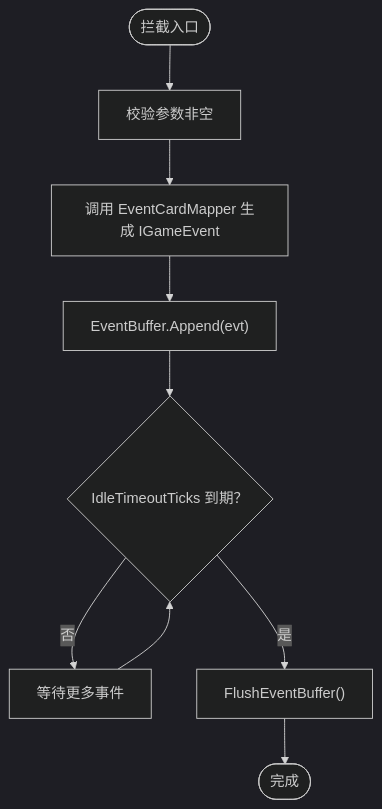
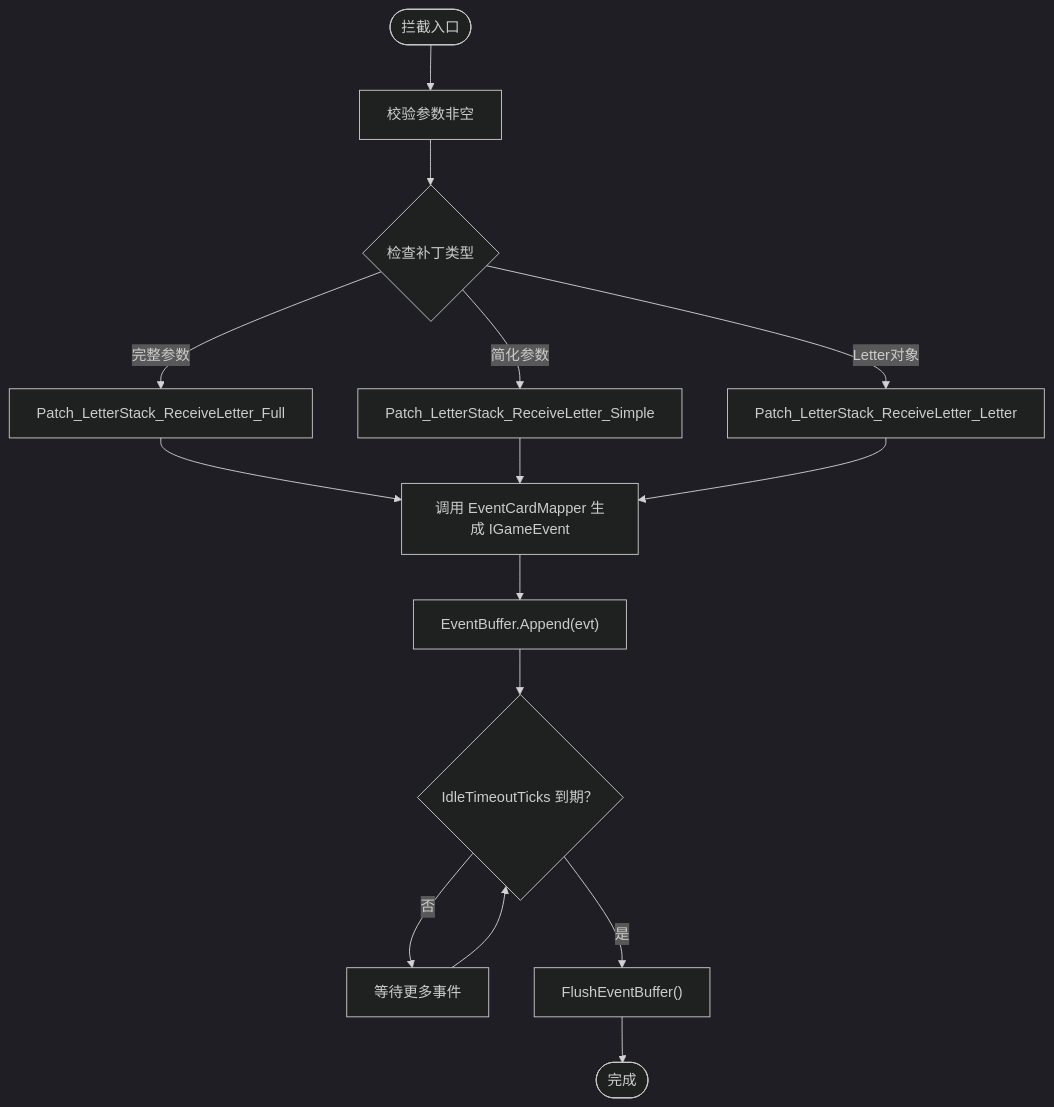
Before and after one commit to suzvka/RimLife: the third of 10 diagrams in .qoder/repowiki/zh/content/核心架构设计/事件系统集成.md, drawn with Mermaid (dark theme). The commit also changed other lines of this file and 19 other files, not shown here.

````diff
--- a/.qoder/repowiki/zh/content/核心架构设计/事件系统集成.md
+++ b/.qoder/repowiki/zh/content/核心架构设计/事件系统集成.md
@@ -188,11 +194,17 @@
 ```mermaid
 flowchart TD
 Start(["拦截入口"]) --> CheckArgs["校验参数非空"]
-CheckArgs --> CallMapper["调用 EventCardMapper 生成 IGameEvent"]
+CheckArgs --> CheckType{"检查补丁类型"}
+CheckType --> |完整参数| FullPatch["Patch_LetterStack_ReceiveLetter_Full"]
+CheckType --> |简化参数| SimplePatch["Patch_LetterStack_ReceiveLetter_Simple"]
+CheckType --> |Letter对象| LetterPatch["Patch_LetterStack_ReceiveLetter_Letter"]
+FullPatch --> CallMapper["调用 EventCardMapper 生成 IGameEvent"]
+SimplePatch --> CallMapper
+LetterPatch --> CallMapper
 CallMapper --> AppendBuffer["EventBuffer.Append(evt)"]
 AppendBuffer --> CheckTimeout{"IdleTimeoutTicks 到期？"}
 CheckTimeout --> |否| Wait["等待更多事件"]
 CheckTimeout --> |是| Flush["FlushEventBuffer()"]
 Wait --> CheckTimeout
 Flush --> End(["完成"])
 ```
````
